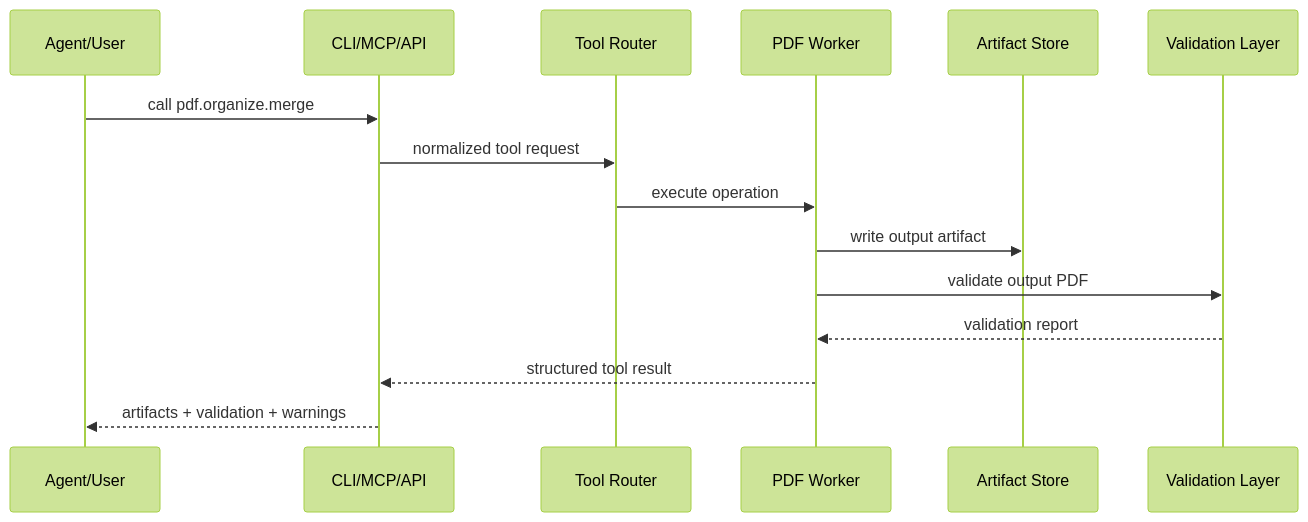
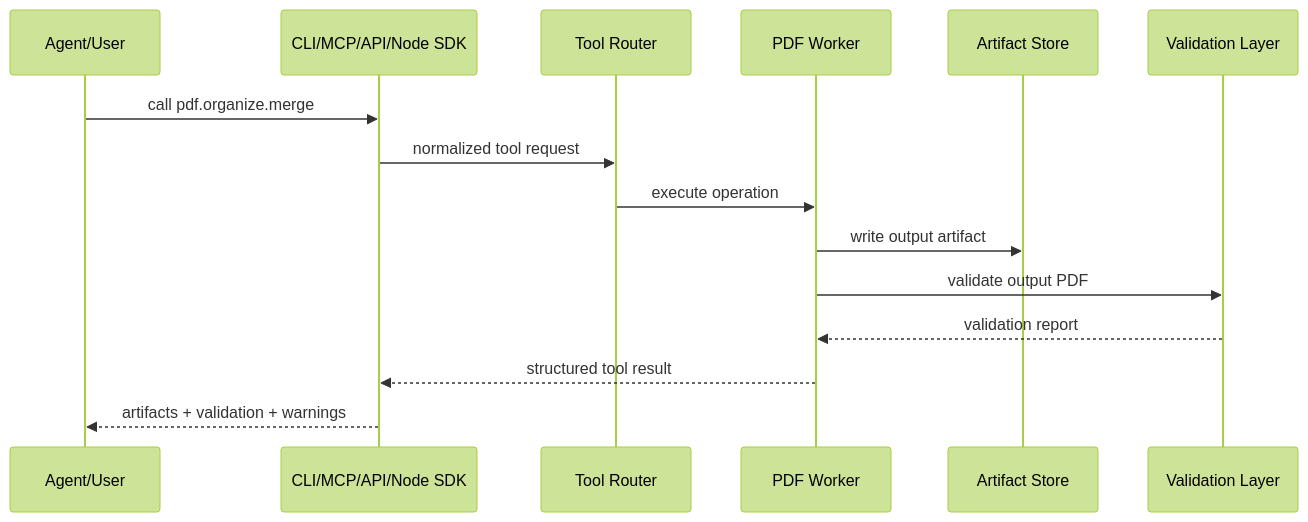
Before and after one commit to tover0314-w/OKoffice: the diagram in docs/03_ARCHITECTURE.md, drawn with Mermaid (forest theme). The commit also changed other lines of this file and 20 other files, not shown here.

Commit message:
add TypeScript Node SDK

````diff
--- a/docs/03_ARCHITECTURE.md
+++ b/docs/03_ARCHITECTURE.md
@@ -27,18 +27,18 @@
 ```mermaid
 sequenceDiagram
   participant User as Agent/User
-  participant API as CLI/MCP/API
+  participant API as CLI/MCP/API/Node SDK
   participant Router as Tool Router
   participant Worker as PDF Worker
   participant Store as Artifact Store
   participant Validate as Validation Layer
 
   User->>API: call pdf.organize.merge
   API->>Router: normalized tool request
   Router->>Worker: execute operation
   Worker->>Store: write output artifact
   Worker->>Validate: validate output PDF
   Validate-->>Worker: validation report
   Worker-->>API: structured tool result
   API-->>User: artifacts + validation + warnings
 ```
````
